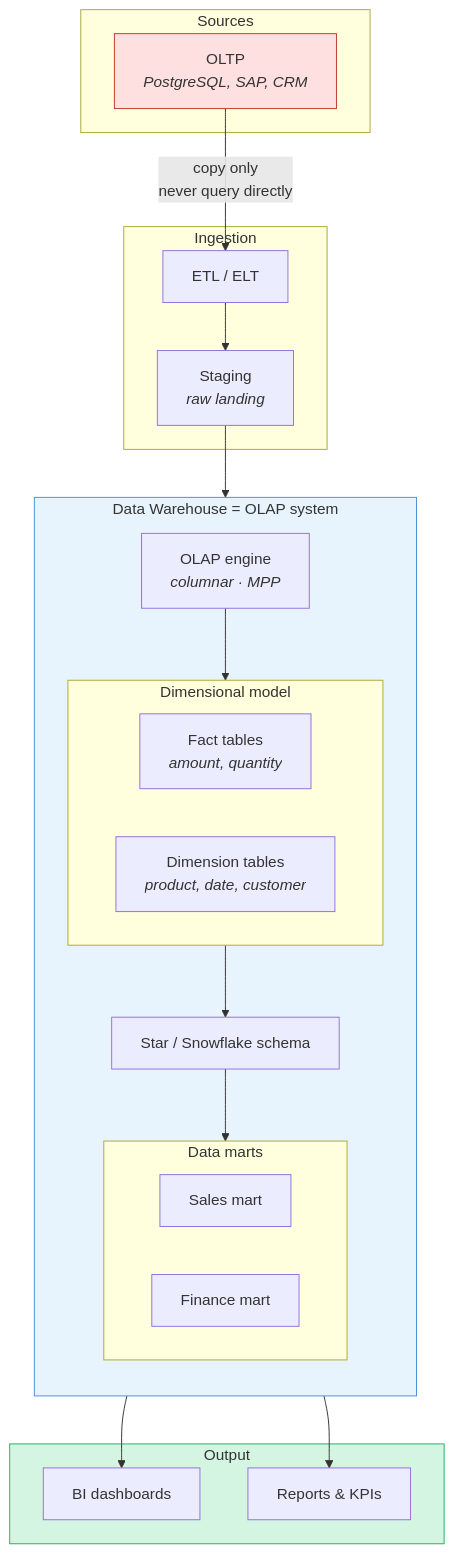
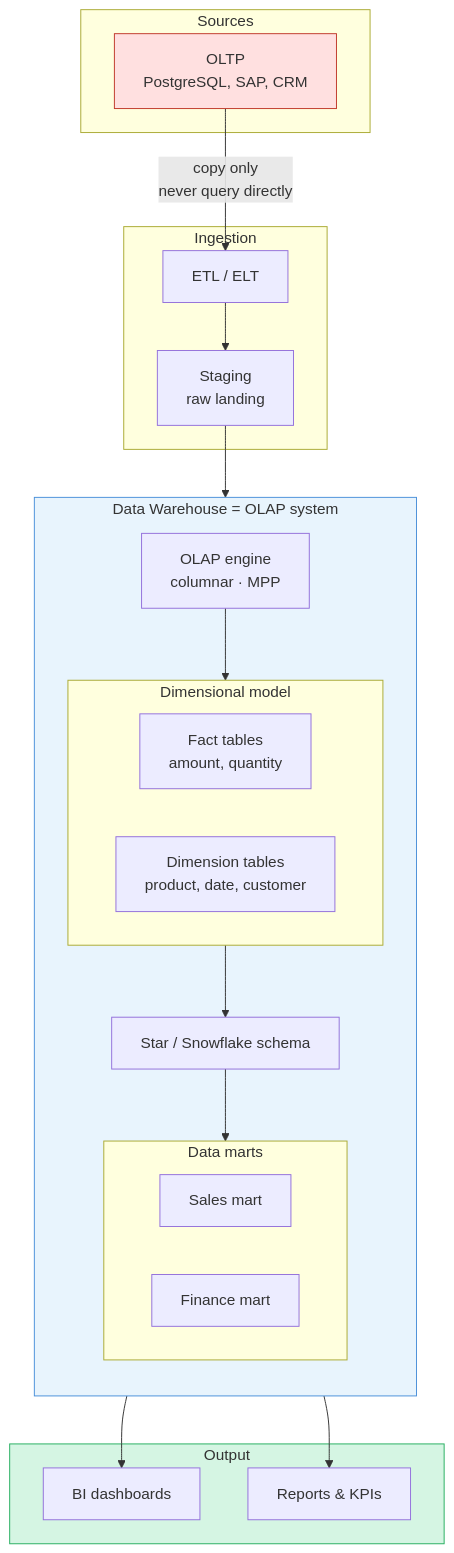
One commit to adnanrahin/adnanrahin.github.io changed the third of 7 diagrams in data-architecture/architecture-map.md. Above: the diagram before and after it, drawn with Mermaid. The commit also changed other lines of this file and 3 other files, not shown here.

Commit message:
updated the flowchart

````diff
--- a/data-architecture/architecture-map.md
+++ b/data-architecture/architecture-map.md
@@ -121,47 +121,47 @@
 ```mermaid
 flowchart TB
     subgraph SOURCES["Sources"]
-        OLTP2["OLTP<br/><i>PostgreSQL, SAP, CRM</i>"]
+        OLTP2["OLTP<br/>PostgreSQL, SAP, CRM"]
     end
 
     subgraph INGEST2["Ingestion"]
         ETL2["ETL / ELT"]
-        STG2["Staging<br/><i>raw landing</i>"]
+        STG2["Staging<br/>raw landing"]
         ETL2 --> STG2
     end
 
     subgraph OLAP_BOX["Data Warehouse = OLAP system"]
         direction TB
-        ENGINE["OLAP engine<br/><i>columnar · MPP</i>"]
+        ENGINE["OLAP engine<br/>columnar · MPP"]
 
         subgraph SCHEMA["Dimensional model"]
             direction LR
-            FACT2["Fact tables<br/><i>amount, quantity</i>"]
-            DIM2["Dimension tables<br/><i>product, date, customer</i>"]
+            FACT2["Fact tables<br/>amount, quantity"]
+            DIM2["Dimension tables<br/>product, date, customer"]
         end
 
         subgraph MARTS["Data marts"]
             SM["Sales mart"]
             FM["Finance mart"]
         end
 
         STAR2["Star / Snowflake schema"]
         ENGINE --> SCHEMA
         SCHEMA --> STAR2
         STAR2 --> MARTS
     end
 
     subgraph OUT2["Output"]
         BI2["BI dashboards"]
         RPT["Reports & KPIs"]
     end
 
     OLTP2 -->|"copy only<br/>never query directly"| ETL2
     STG2 --> ENGINE
     MARTS --> BI2
     MARTS --> RPT
 
     style OLTP2 fill:#FFE0E0,stroke:#C0392B
     style OLAP_BOX fill:#E8F4FD,stroke:#4A90D9
     style OUT2 fill:#D5F5E3,stroke:#27AE60
 ```
````
